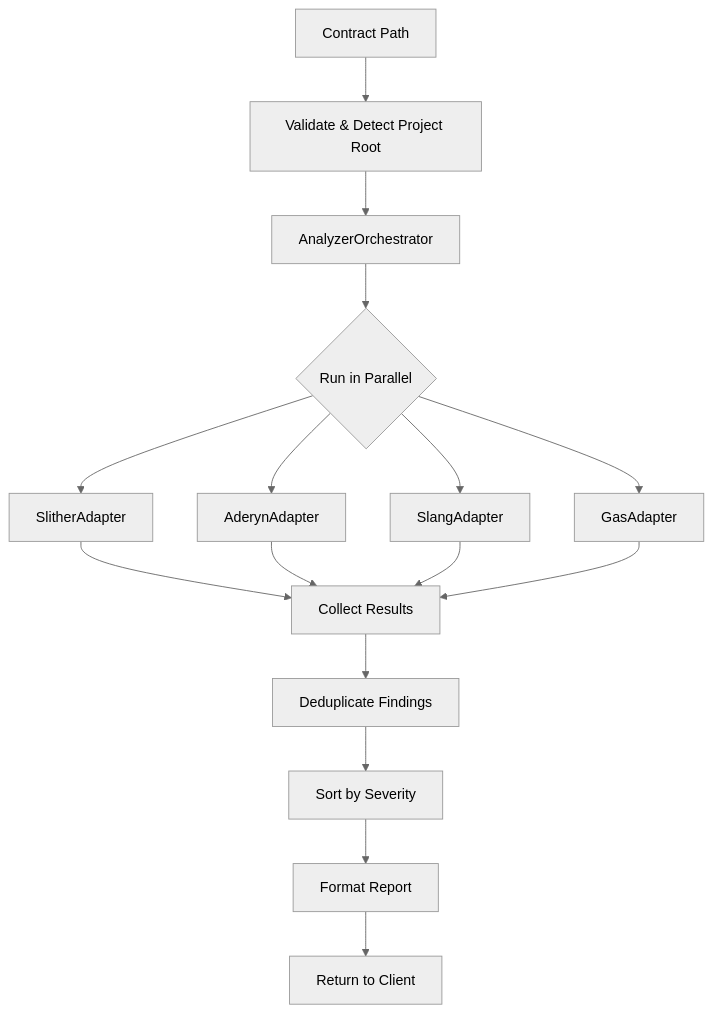
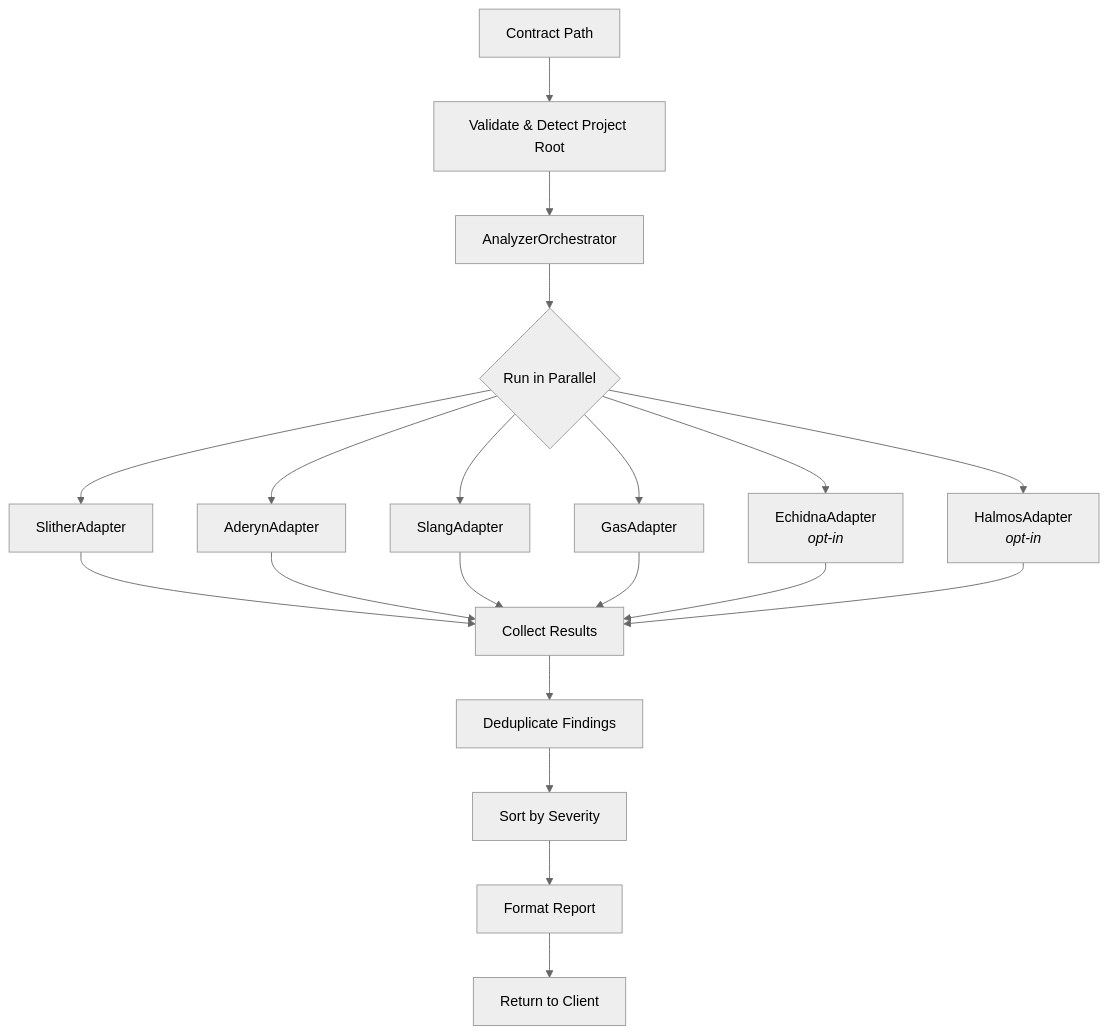
One commit to mariano-aguero/solidity-audit-mcp changed the third of 3 diagrams in docs/ARCHITECTURE.md. Above: the diagram before and after it, drawn with Mermaid (neutral theme). The commit also changed other lines of this file and 1 other file, not shown here.

Commit message:
docs: update README and ARCHITECTURE.md for v1.6.0 — 6 adapters, 10 tools, 7 health analyzers

````diff
--- a/docs/ARCHITECTURE.md
+++ b/docs/ARCHITECTURE.md
@@ -191,22 +215,26 @@
 ```mermaid
 flowchart TB
     A[Contract Path] --> B[Validate & Detect Project Root]
     B --> C[AnalyzerOrchestrator]
 
     C --> D{Run in Parallel}
 
     D --> E[SlitherAdapter]
     D --> F[AderynAdapter]
     D --> G[SlangAdapter]
     D --> H[GasAdapter]
+    D --> R[EchidnaAdapter<br><i>opt-in</i>]
+    D --> S[HalmosAdapter<br><i>opt-in</i>]
 
     E --> I[Collect Results]
     F --> I
     G --> I
     H --> I
+    R --> I
+    S --> I
 
     I --> J[Deduplicate Findings]
     J --> K[Sort by Severity]
     K --> L[Format Report]
     L --> M[Return to Client]
 ```
````
